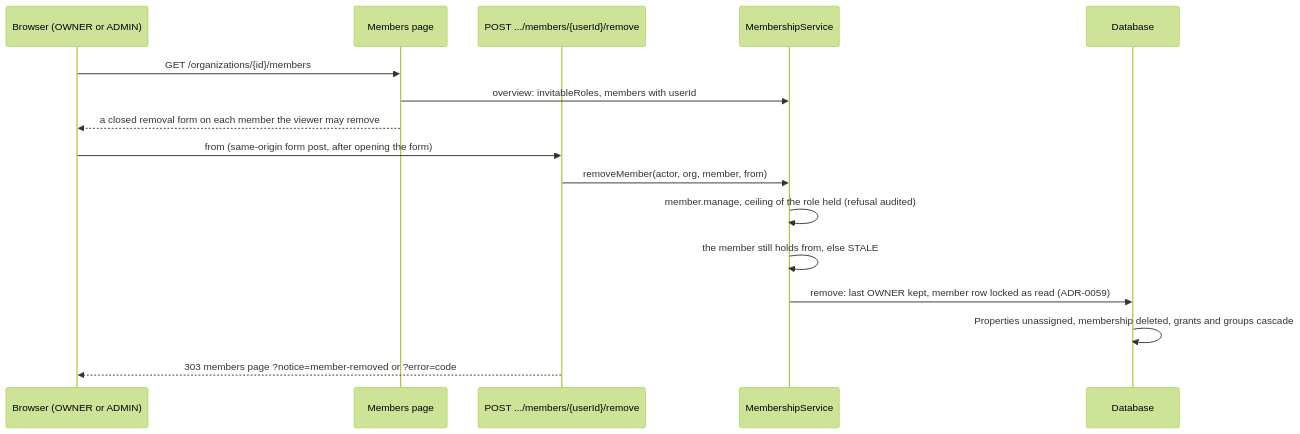
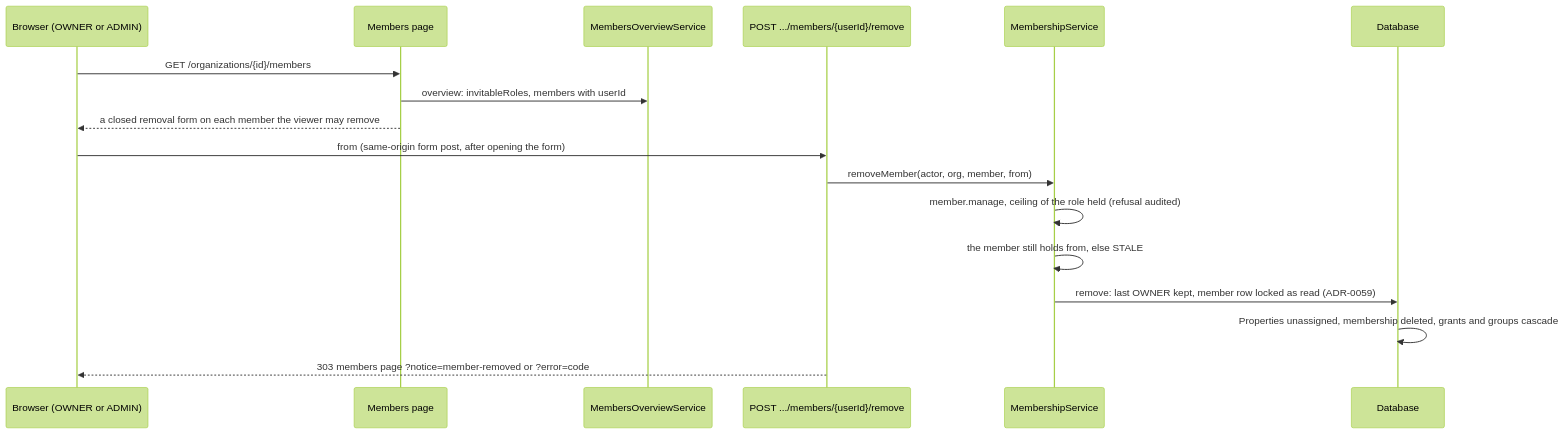
The diagram in docs/api-changes-at-8b.md (TakeTouhu/Real-Estate-Listing-Concept-Video), drawn with Mermaid (forest theme) before and after one commit. The commit also changed 7 other files, not shown here.

````diff
--- a/docs/api-changes-at-8b.md
+++ b/docs/api-changes-at-8b.md
@@ -45,18 +45,19 @@
 ```mermaid
 sequenceDiagram
     participant B as Browser (OWNER or ADMIN)
     participant P as Members page
+    participant O as MembersOverviewService
     participant R as POST .../members/{userId}/remove
     participant S as MembershipService
     participant D as Database
     B->>P: GET /organizations/{id}/members
-    P->>S: overview: invitableRoles, members with userId
+    P->>O: overview: invitableRoles, members with userId
     P-->>B: a closed removal form on each member the viewer may remove
     B->>R: from (same-origin form post, after opening the form)
     R->>S: removeMember(actor, org, member, from)
     S->>S: member.manage, ceiling of the role held (refusal audited)
     S->>S: the member still holds from, else STALE
     S->>D: remove: last OWNER kept, member row locked as read (ADR-0059)
     D->>D: Properties unassigned, membership deleted, grants and groups cascade
     R-->>B: 303 members page ?notice=member-removed or ?error=code
 ```
````
